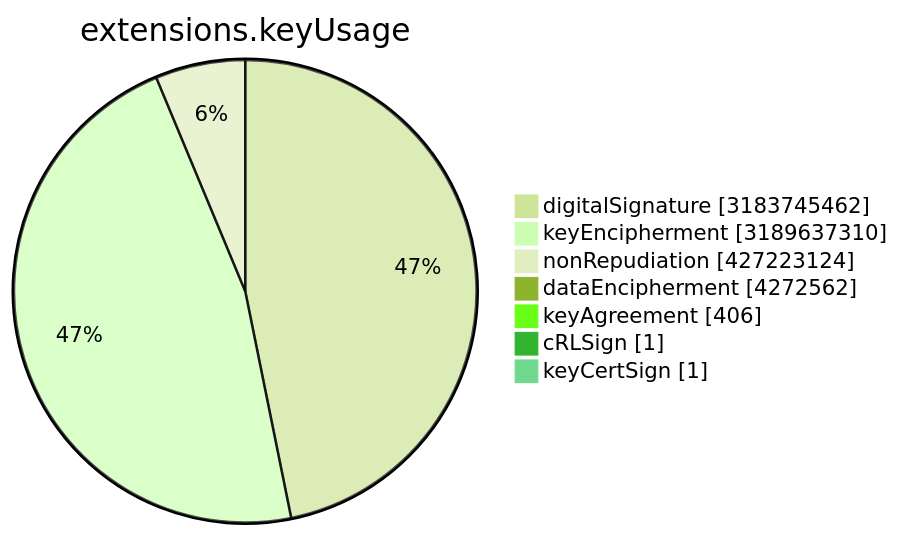
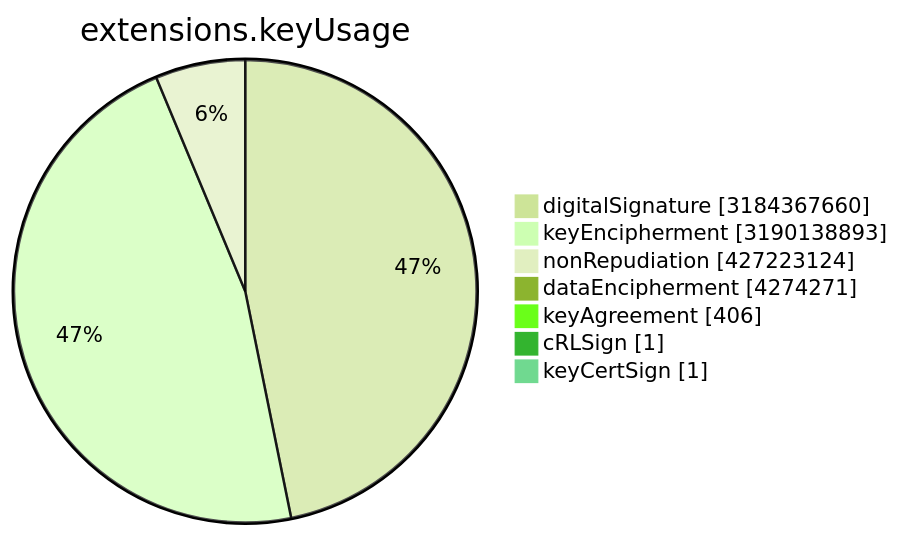
The sixth of 15 diagrams in TOTAL/README.md (christiankrug/ctmonitor_visualization), drawn with Mermaid (forest theme) before and after one commit. The commit also changed other lines of this file, not shown here.

````diff
--- a/TOTAL/README.md
+++ b/TOTAL/README.md
@@ -3077,11 +3077,11 @@
 ```mermaid
 pie showData
 title extensions.keyUsage
-"digitalSignature" :3183745462
-"keyEncipherment" :3189637310
+"digitalSignature" :3184367660
+"keyEncipherment" :3190138893
 "nonRepudiation" :427223124
-"dataEncipherment" :4272562
+"dataEncipherment" :4274271
 "keyAgreement" :406
 "cRLSign" :1
 "keyCertSign" :1
 ```
````
